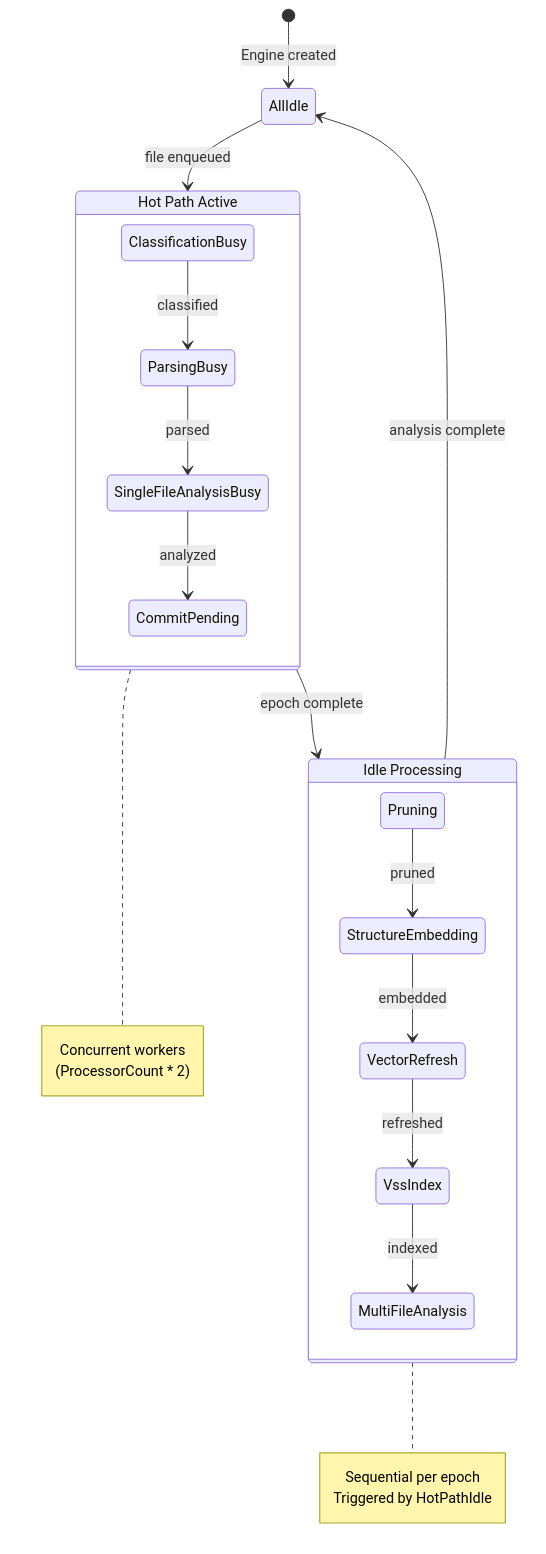
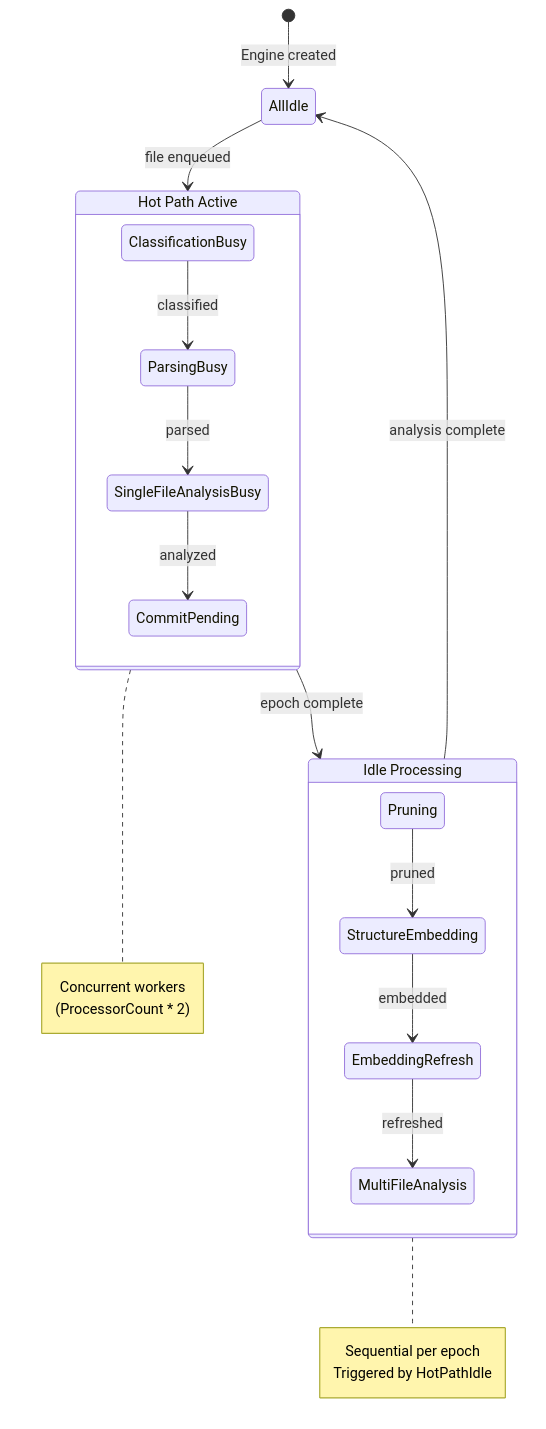
The first of 8 diagrams in docs/flows/current/startup-to-idle.md (RepoQL/RepoQL), drawn with Mermaid before and after one commit. The commit also changed other lines of this file and 43 other files, not shown here.

````diff
--- a/docs/flows/current/startup-to-idle.md
+++ b/docs/flows/current/startup-to-idle.md
@@ -7,34 +7,33 @@
 ```mermaid
 stateDiagram-v2
     [*] --> AllIdle: Engine created
 
     state "Hot Path Active" as HotPath {
         ClassificationBusy --> ParsingBusy: classified
         ParsingBusy --> SingleFileAnalysisBusy: parsed
         SingleFileAnalysisBusy --> CommitPending: analyzed
     }
 
     state "Idle Processing" as IdleProc {
         Pruning --> StructureEmbedding: pruned
-        StructureEmbedding --> VectorRefresh: embedded
-        VectorRefresh --> VssIndex: refreshed
-        VssIndex --> MultiFileAnalysis: indexed
+        StructureEmbedding --> EmbeddingRefresh: embedded
+        EmbeddingRefresh --> MultiFileAnalysis: refreshed
     }
 
     AllIdle --> HotPath: file enqueued
     HotPath --> IdleProc: epoch complete
     IdleProc --> AllIdle: analysis complete
 
     note right of HotPath
         Concurrent workers
         (ProcessorCount * 2)
     end note
 
     note right of IdleProc
         Sequential per epoch
         Triggered by HotPathIdle
     end note
 
     %% MEANING: IndexItem lifecycle through pipeline stages
     %% AllIdle = ready for work, HotPath = processing files, IdleProc = batch post-processing
 ```
````
